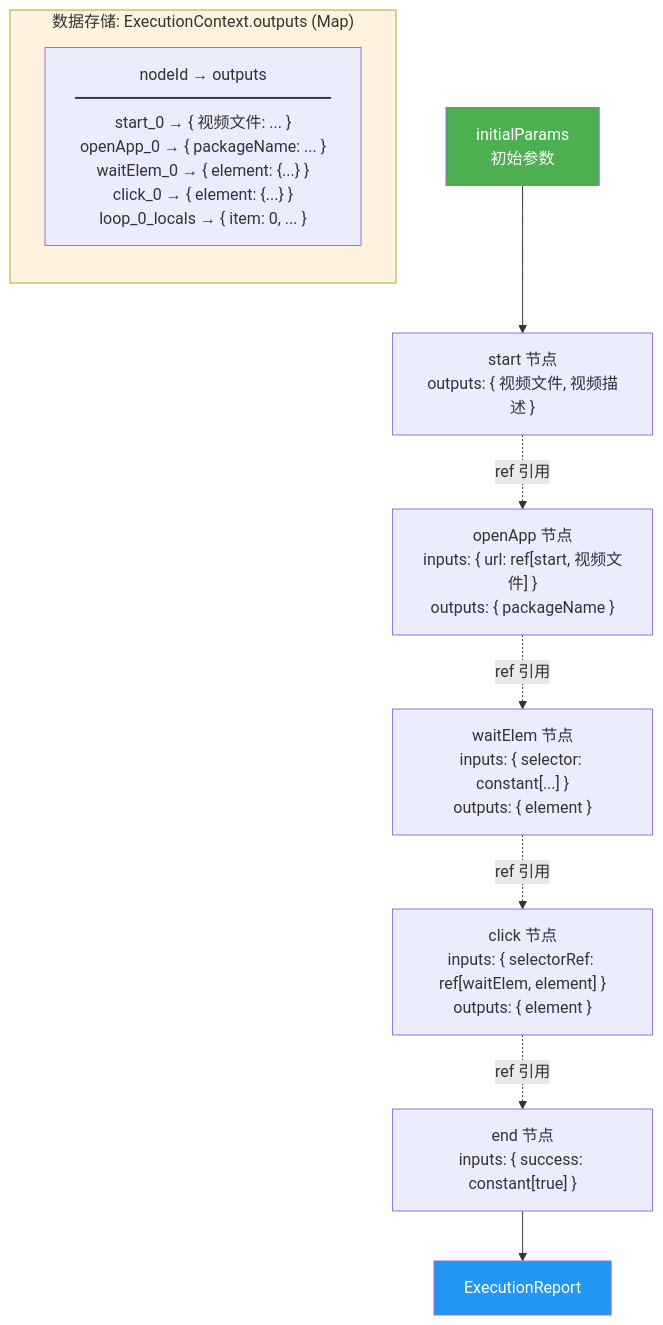
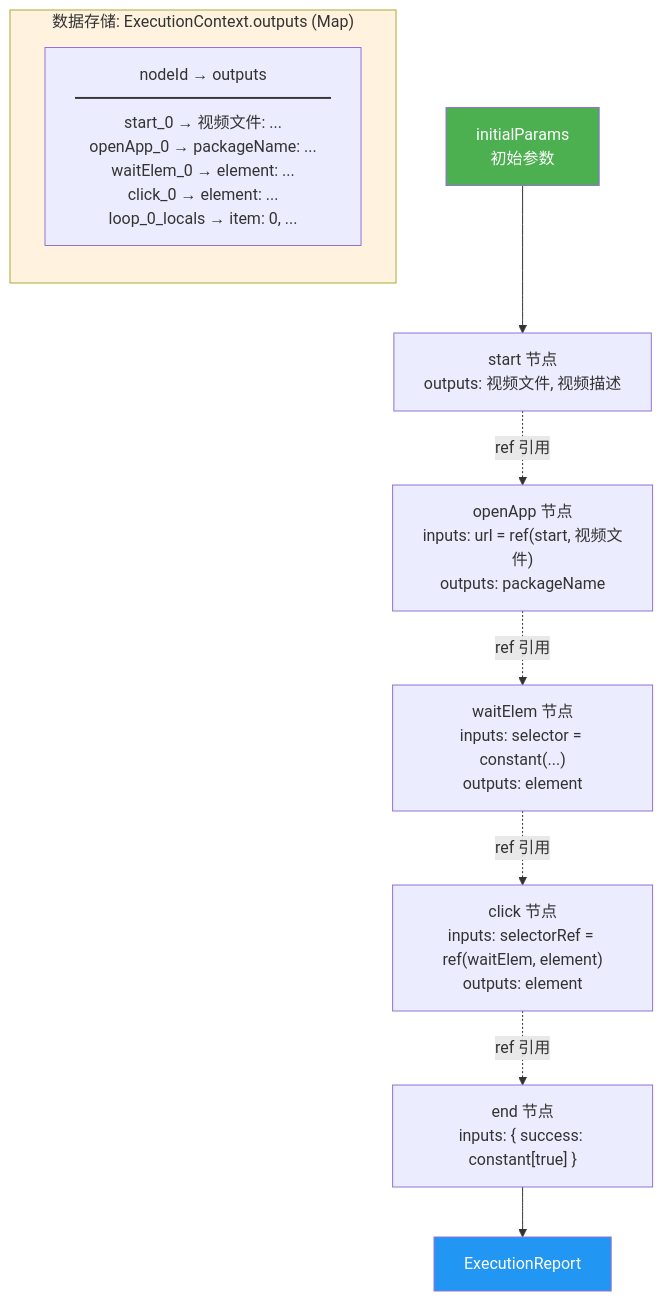
One commit to zhaotoday/flow changed the third of 11 diagrams in README1.md. Above: the diagram before and after it, drawn with Mermaid. The commit also changed other lines of this file, not shown here.

````diff
--- a/README1.md
+++ b/README1.md
@@ -120,28 +120,28 @@
 ```mermaid
 flowchart TD
     InitParams[initialParams<br/>初始参数] --> StartNode
     
-    StartNode["start 节点<br/>outputs: { 视频文件, 视频描述 }"]
+    StartNode["start 节点<br/>outputs: 视频文件, 视频描述"]
     StartNode -.->|ref 引用| OpenApp
     
-    OpenApp["openApp 节点<br/>inputs: { url: ref[start, 视频文件] }<br/>outputs: { packageName }"]
+    OpenApp["openApp 节点<br/>inputs: url = ref(start, 视频文件)<br/>outputs: packageName"]
     OpenApp -.->|ref 引用| WaitElem
     
-    WaitElem["waitElem 节点<br/>inputs: { selector: constant[...] }<br/>outputs: { element }"]
+    WaitElem["waitElem 节点<br/>inputs: selector = constant(...)<br/>outputs: element"]
     WaitElem -.->|ref 引用| Click
     
-    Click["click 节点<br/>inputs: { selectorRef: ref[waitElem, element] }<br/>outputs: { element }"]
+    Click["click 节点<br/>inputs: selectorRef = ref(waitElem, element)<br/>outputs: element"]
     Click -.->|ref 引用| EndNode
     
     EndNode["end 节点<br/>inputs: { success: constant[true] }"]
     EndNode --> Report[ExecutionReport]
     
     subgraph Storage["数据存储: ExecutionContext.outputs (Map)"]
         direction TB
-        Store["nodeId → outputs<br/>━━━━━━━━━━━━━━━━<br/>start_0 → { 视频文件: ... }<br/>openApp_0 → { packageName: ... }<br/>waitElem_0 → { element: {...} }<br/>click_0 → { element: {...} }<br/>loop_0_locals → { item: 0, ... }"]
+        Store["nodeId → outputs<br/>━━━━━━━━━━━━━━━━<br/>start_0 → 视频文件: ...<br/>openApp_0 → packageName: ...<br/>waitElem_0 → element: ...<br/>click_0 → element: ...<br/>loop_0_locals → item: 0, ..."]
     end
     
     style InitParams fill:#4caf50,color:#fff
     style Report fill:#2196f3,color:#fff
     style Storage fill:#fff3e0
 ```
````
